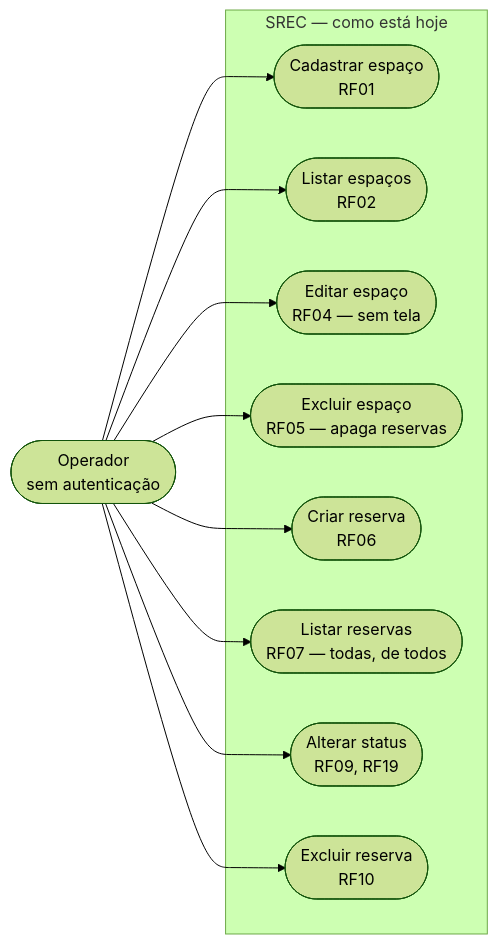
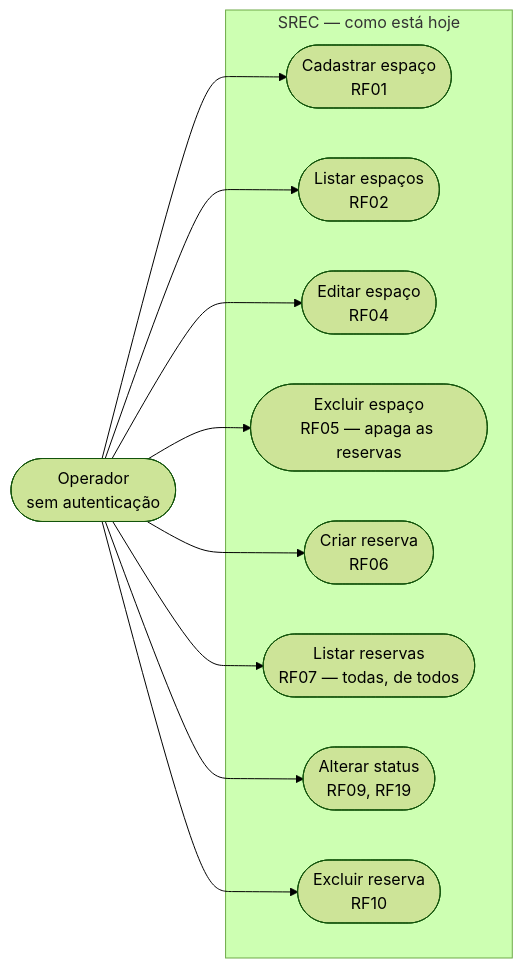
Before and after one commit to igorSeberino/srec: the diagram in docs/produto/requisitos.md, drawn with Mermaid (forest theme). The commit also changed other lines of this file, not shown here.

````diff
--- a/docs/produto/requisitos.md
+++ b/docs/produto/requisitos.md
@@ -1270,24 +1338,24 @@
 ```mermaid
 flowchart LR
     operador([Operador<br/>sem autenticação])
 
     subgraph SREC["SREC — como está hoje"]
         UC1([Cadastrar espaço<br/>RF01])
         UC2([Listar espaços<br/>RF02])
-        UC3([Editar espaço<br/>RF04 — sem tela])
-        UC4([Excluir espaço<br/>RF05 — apaga reservas])
+        UC3([Editar espaço<br/>RF04])
+        UC4([Excluir espaço<br/>RF05 — apaga as reservas])
         UC5([Criar reserva<br/>RF06])
         UC6([Listar reservas<br/>RF07 — todas, de todos])
         UC7([Alterar status<br/>RF09, RF19])
         UC8([Excluir reserva<br/>RF10])
     end
 
     operador --> UC1
     operador --> UC2
     operador --> UC3
     operador --> UC4
     operador --> UC5
     operador --> UC6
     operador --> UC7
     operador --> UC8
 ```
````
